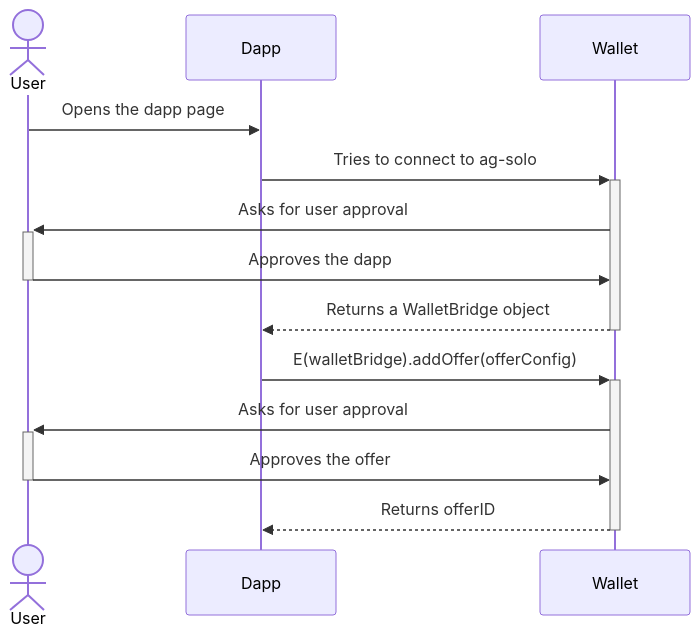
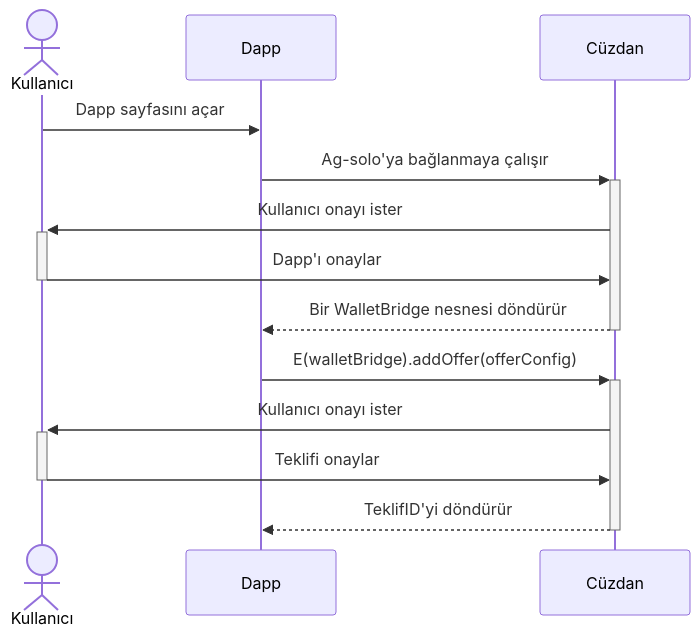
Before and after one commit to bugratr/agoric-lecture-content: the diagram in lectureFive/lectureFive.md, drawn with Mermaid. The commit also changed other lines of this file, not shown here.

````diff
--- a/lectureFive/lectureFive.md
+++ b/lectureFive/lectureFive.md
@@ -568,15 +560,15 @@
 ```mermaid
 sequenceDiagram
-   actor User
+   actor Kullanıcı
    participant CU as Dapp
-   participant W as Wallet
-   User->>CU: Opens the dapp page
-   CU->>+W: Tries to connect to ag-solo
-   W ->>+ User: Asks for user approval
-   User->>-W: Approves the dapp
-   W-->>-CU: Returns a WalletBridge object
+   participant W as Cüzdan
+   Kullanıcı->>CU: Dapp sayfasını açar
+   CU->>+W: Ag-solo'ya bağlanmaya çalışır
+   W ->>+ Kullanıcı: Kullanıcı onayı ister
+   Kullanıcı->>-W: Dapp'ı onaylar
+   W-->>-CU: Bir WalletBridge nesnesi döndürür
    CU->>+W: E(walletBridge).addOffer(offerConfig)
-   W ->>+ User: Asks for user approval
-   User->>-W: Approves the offer
-   W -->>-CU: Returns offerID
+   W ->>+ Kullanıcı: Kullanıcı onayı ister
+   Kullanıcı->>-W: Teklifi onaylar
+   W -->>-CU: TeklifID'yi döndürür
 ```
````
